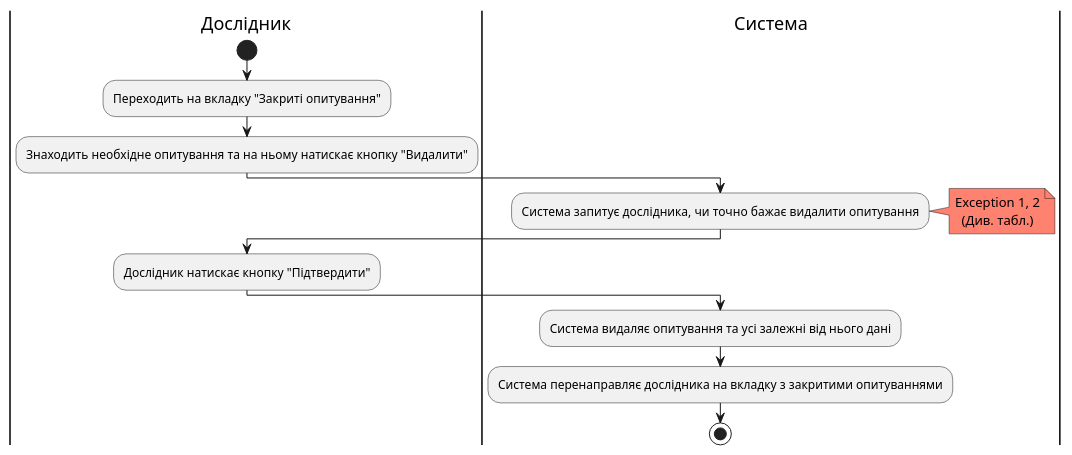
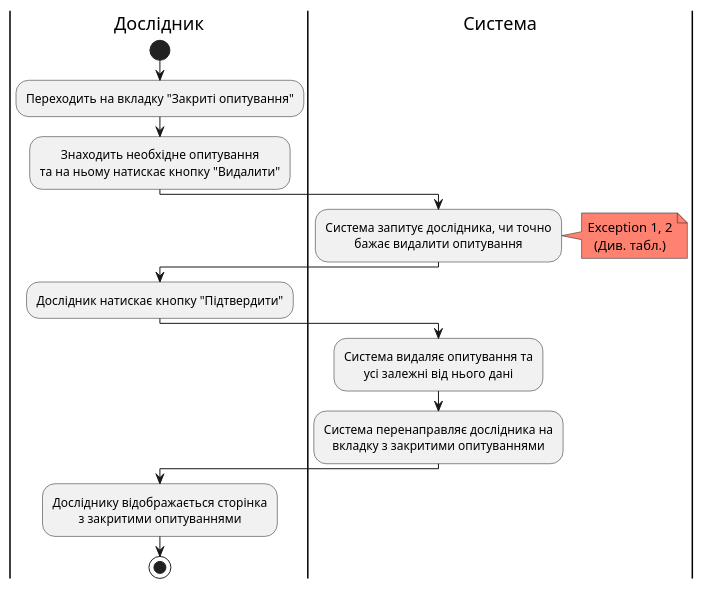
Before and after one commit to generalmaks/db_labs: the fourth of 4 diagrams in docs/use_cases.md, drawn with PlantUML. The commit also changed other lines of this file, not shown here.

Commit message:
Added RemoveSurvey diagram

````diff
--- a/docs/use_cases.md
+++ b/docs/use_cases.md
@@ -225,21 +239,28 @@
 ```plantuml
 @startuml
 |Дослідник|
 start
 skinparam defaultTextAlignment center
 :Переходить на вкладку "Закриті опитування";
-:Знаходить необхідне опитування та на ньому натискає кнопку "Видалити";
+:Знаходить необхідне опитування 
+та на ньому натискає кнопку "Видалити";
 |Система|
-:Система запитує дослідника, чи точно бажає видалити опитування;
+:Система запитує дослідника, чи точно 
+бажає видалити опитування;
 note right #ff8170
 Exception 1, 2
 (Див. табл.)
 end note
 |Дослідник|
 :Дослідник натискає кнопку "Підтвердити";
 |Система|
-:Система видаляє опитування та усі залежні від нього дані;
-:Система перенаправляє дослідника на вкладку з закритими опитуваннями;
+:Система видаляє опитування та 
+усі залежні від нього дані;
+:Система перенаправляє дослідника на 
+вкладку з закритими опитуваннями;
+|Дослідник|
+:Досліднику відображається сторінка
+з закритими опитуваннями;
 stop
 @enduml
 ```
````
